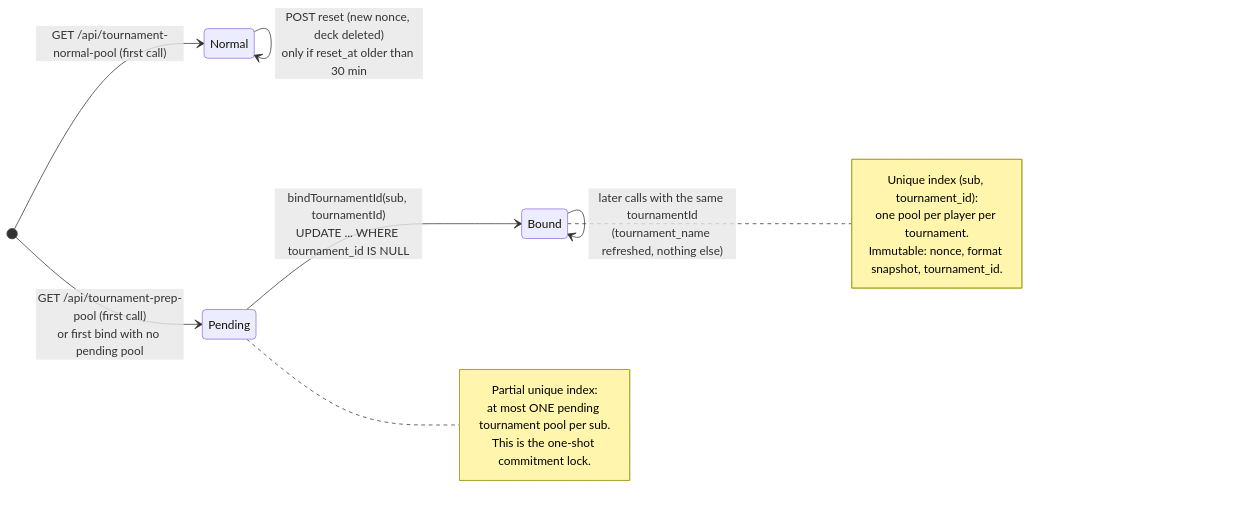
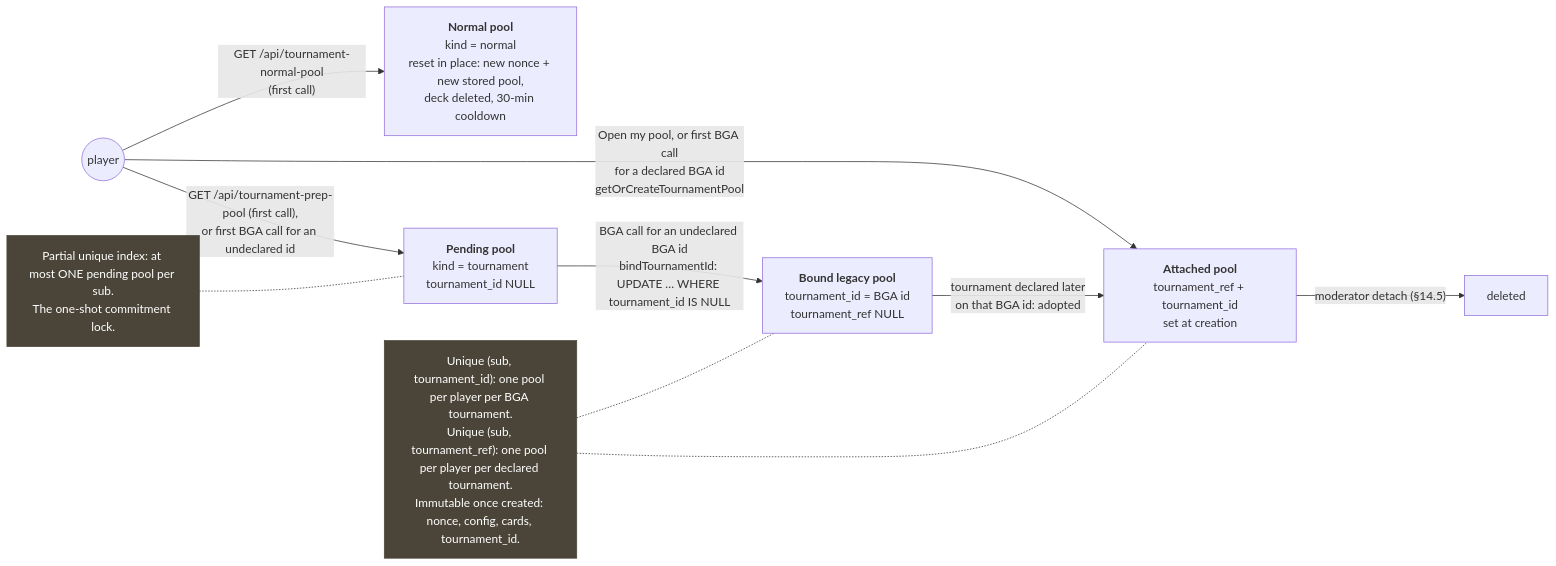
One commit to Altered-Re-Union/altered-draft changed the sixth of 7 diagrams in docs/tournaments/README.md. Above: the diagram before and after it, drawn with Mermaid. The commit also changed other lines of this file and 3 other files, not shown here.

````diff
--- a/docs/tournaments/README.md
+++ b/docs/tournaments/README.md
@@ -419,19 +473,14 @@
 ```mermaid
-stateDiagram-v2
-  direction LR
-  [*] --> Normal: GET /api/tournament-normal-pool (first call)
-  Normal --> Normal: POST reset (new nonce, deck deleted)<br/>only if reset_at older than 30 min
-  [*] --> Pending: GET /api/tournament-prep-pool (first call)<br/>or first bind with no pending pool
-  Pending --> Bound: bindTournamentId(sub, tournamentId)<br/>UPDATE ... WHERE tournament_id IS NULL
-  Bound --> Bound: later calls with the same tournamentId<br/>(tournament_name refreshed, nothing else)
-  note right of Pending
-    Partial unique index:
-    at most ONE pending tournament pool per sub.
-    This is the one-shot commitment lock.
-  end note
-  note right of Bound
-    Unique index (sub, tournament_id):
-    one pool per player per tournament.
-    Immutable: nonce, format snapshot, tournament_id.
-  end note
+flowchart LR
+  S((player)) -->|"GET /api/tournament-normal-pool<br/>(first call)"| N["<b>Normal pool</b><br/>kind = normal<br/>reset in place: new nonce + new stored pool,<br/>deck deleted, 30-min cooldown"]
+  S -->|"GET /api/tournament-prep-pool (first call),<br/>or first BGA call for an undeclared id"| P["<b>Pending pool</b><br/>kind = tournament<br/>tournament_id NULL"]
+  P -->|"BGA call for an undeclared BGA id<br/>bindTournamentId: UPDATE … WHERE tournament_id IS NULL"| B["<b>Bound legacy pool</b><br/>tournament_id = BGA id<br/>tournament_ref NULL"]
+  S -->|"Open my pool, or first BGA call<br/>for a declared BGA id<br/>getOrCreateTournamentPool"| A["<b>Attached pool</b><br/>tournament_ref + tournament_id<br/>set at creation"]
+  B -->|"tournament declared later<br/>on that BGA id: adopted"| A
+  A -->|"moderator detach (§14.5)"| D["deleted"]
+  NP["Partial unique index: at most ONE pending pool per sub.<br/>The one-shot commitment lock."] -.- P
+  NB["Unique (sub, tournament_id): one pool per player per BGA tournament.<br/>Unique (sub, tournament_ref): one pool per player per declared tournament.<br/>Immutable once created: nonce, config, cards, tournament_id."] -.- A
+  NB -.- B
+  classDef note fill:#4a4538,color:#fff,stroke:#4a4538
+  class NP,NB note
 ```
````
